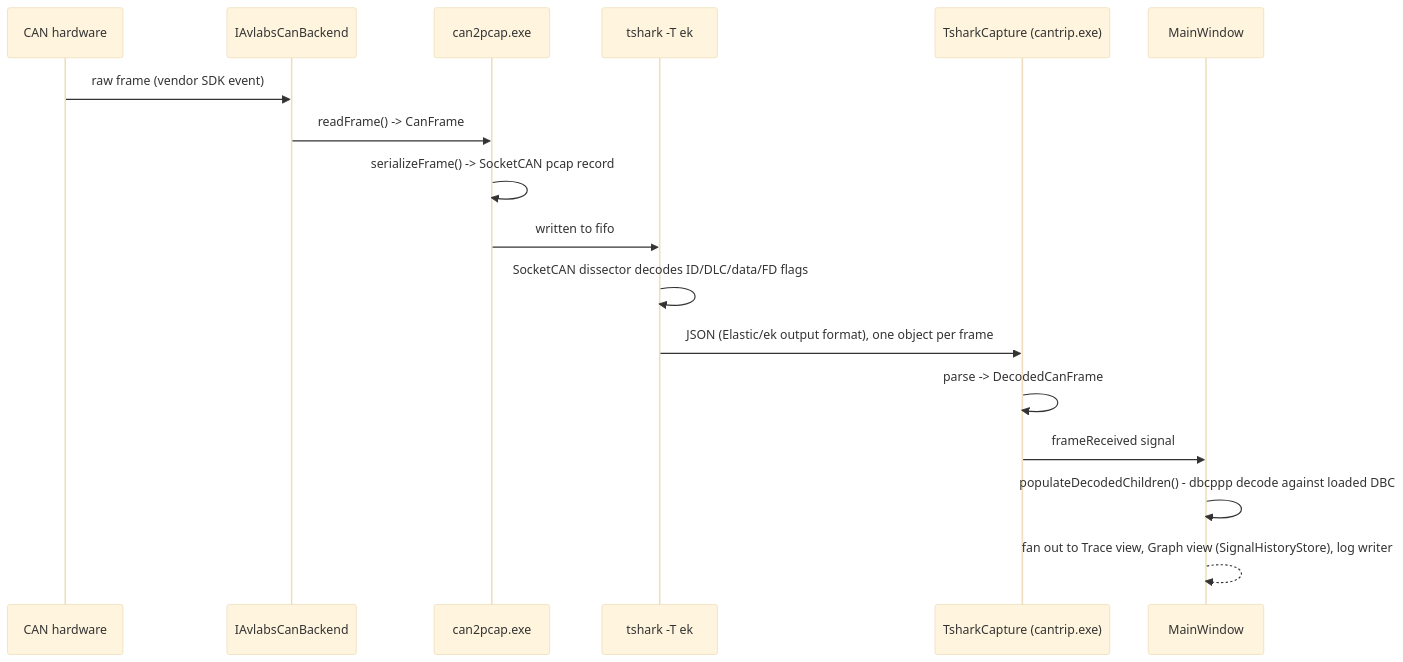
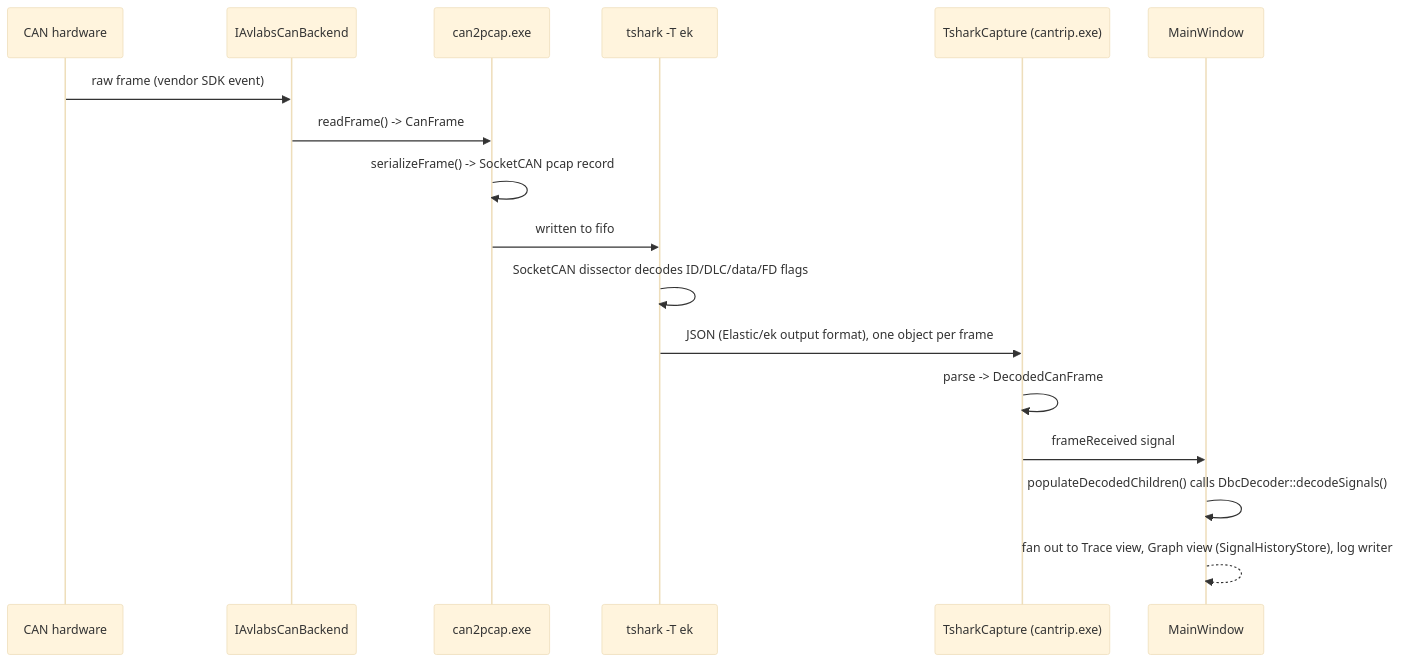
One commit to avmolaei/CANtrip changed the diagram in docs/architecture/data-flow.md. Above: the diagram before and after it, drawn with Mermaid (base theme). The commit also changed other lines of this file and 17 other files, not shown here.

````diff
--- a/docs/architecture/data-flow.md
+++ b/docs/architecture/data-flow.md
@@ -6,20 +6,20 @@
 ```mermaid
 sequenceDiagram
     participant HW as CAN hardware
     participant BE as IAvlabsCanBackend
     participant CP as can2pcap.exe
     participant TS as tshark -T ek
     participant App as TsharkCapture (cantrip.exe)
     participant MW as MainWindow
 
     HW->>BE: raw frame (vendor SDK event)
     BE->>CP: readFrame() -> CanFrame
     CP->>CP: serializeFrame() -> SocketCAN pcap record
     CP->>TS: written to fifo
     TS->>TS: SocketCAN dissector decodes ID/DLC/data/FD flags
     TS->>App: JSON (Elastic/ek output format), one object per frame
     App->>App: parse -> DecodedCanFrame
     App->>MW: frameReceived signal
-    MW->>MW: populateDecodedChildren() - dbcppp decode against loaded DBC
+    MW->>MW: populateDecodedChildren() calls DbcDecoder::decodeSignals()
     MW-->>MW: fan out to Trace view, Graph view (SignalHistoryStore), log writer
 ```
````
